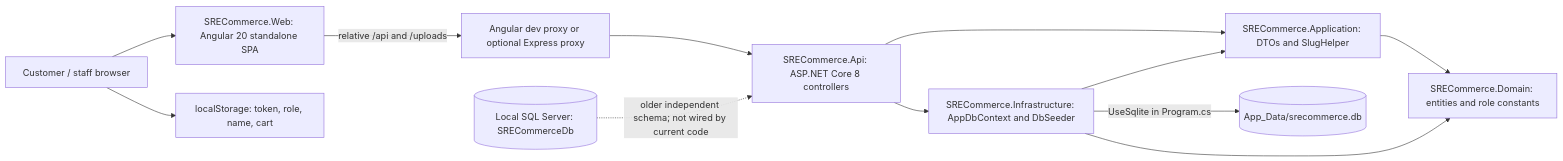
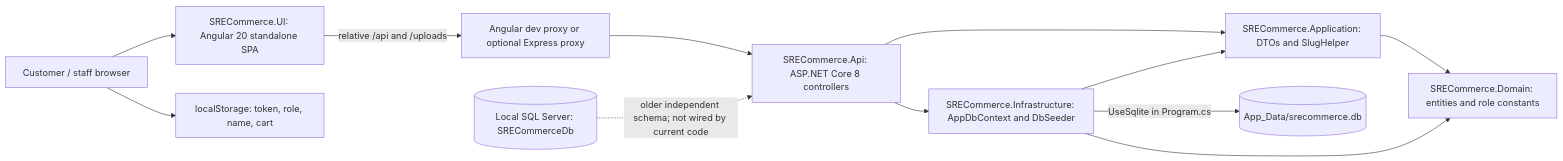
The diagram in docs/architecture/existing-system-assessment.md (VaibhavRaghvanshi/SRE-Commerce), drawn with Mermaid before and after one commit. The commit also changed 466 other files, not shown here.

````diff
--- a/docs/architecture/existing-system-assessment.md
+++ b/docs/architecture/existing-system-assessment.md
@@ -9,14 +9,14 @@
 ```mermaid
 flowchart LR
-  Browser[Customer / staff browser] --> Angular[SRECommerce.Web: Angular 20 standalone SPA]
+  Browser[Customer / staff browser] --> Angular[SRECommerce.UI: Angular 20 standalone SPA]
   Angular -->|relative /api and /uploads| Proxy[Angular dev proxy or optional Express proxy]
   Proxy --> API[SRECommerce.Api: ASP.NET Core 8 controllers]
   API --> App[SRECommerce.Application: DTOs and SlugHelper]
   API --> Infra[SRECommerce.Infrastructure: AppDbContext and DbSeeder]
   App --> Domain[SRECommerce.Domain: entities and role constants]
   Infra --> App
   Infra --> Domain
   Infra -->|UseSqlite in Program.cs| SQLite[(App_Data/srecommerce.db)]
   SQL[(Local SQL Server: SRECommerceDb)] -. older independent schema; not wired by current code .-> API
   Browser --> Storage[localStorage: token, role, name, cart]
 ```
````
